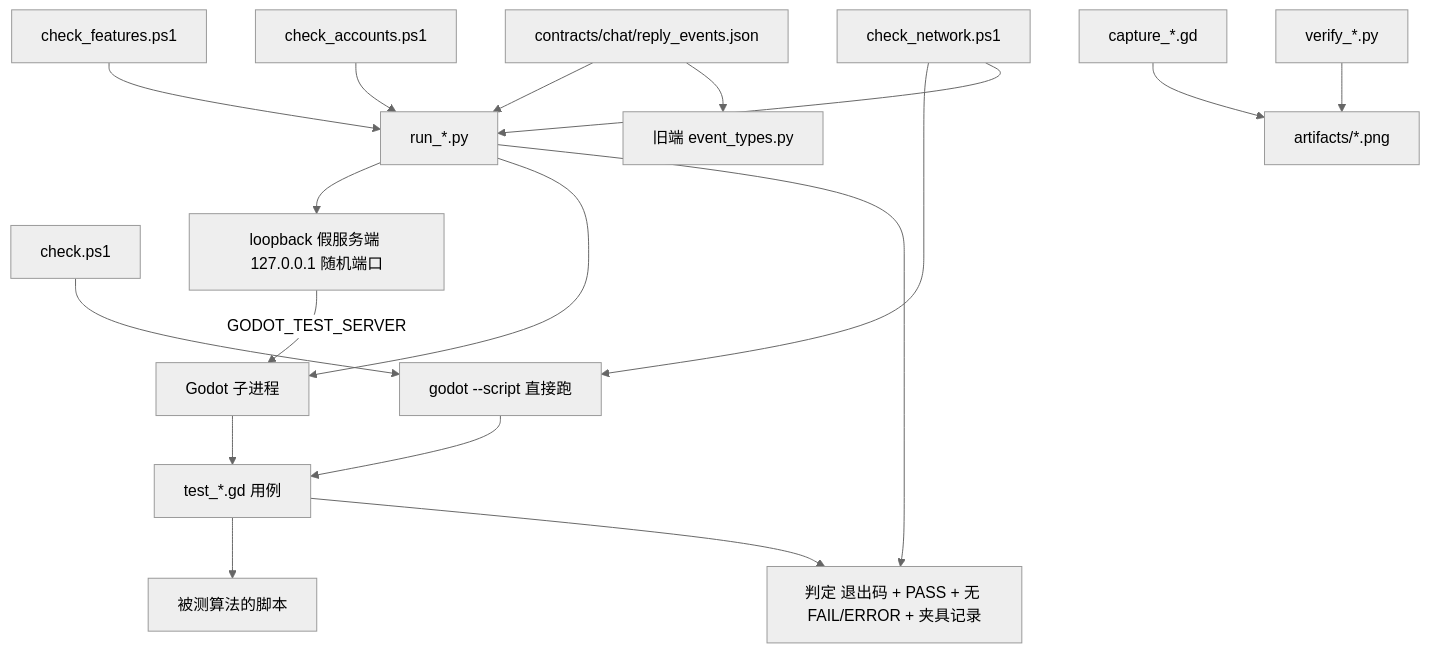
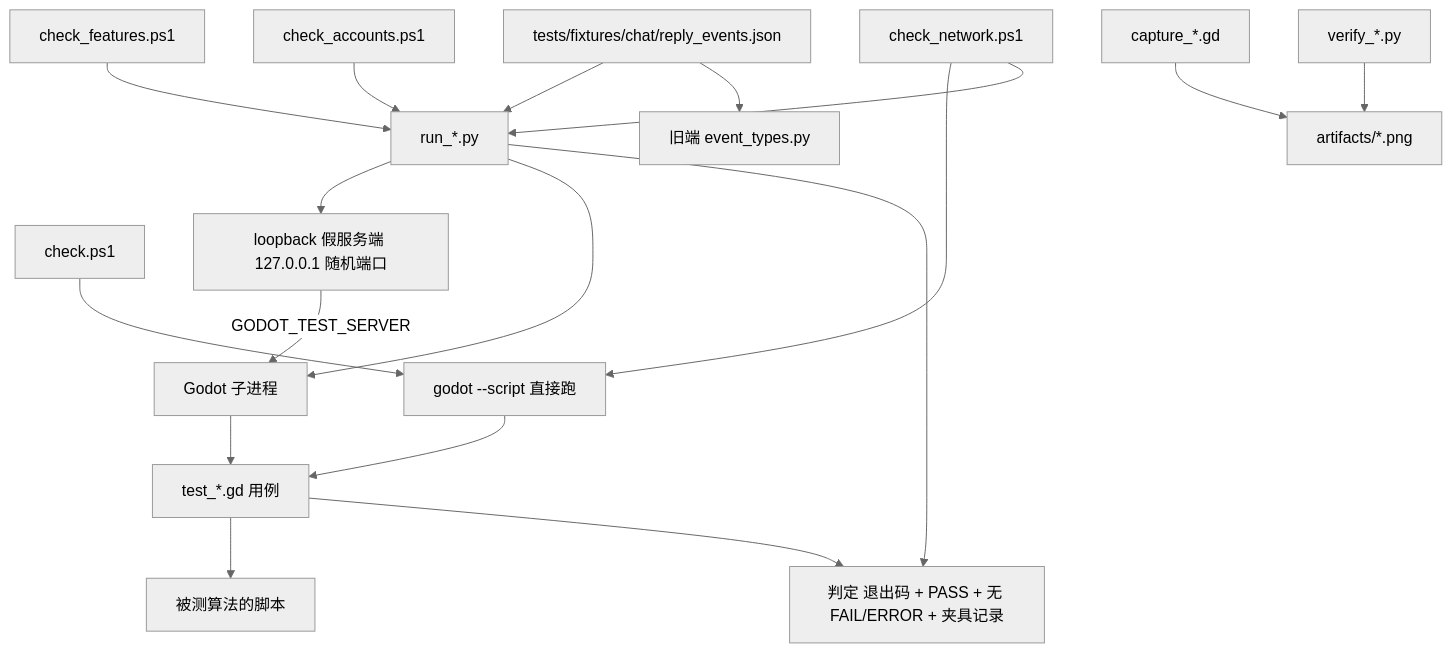
One commit to Hun1Bk/Agent-LuoTianyi changed the first of 2 diagrams in client-godot/architecture/10-testing.md. Above: the diagram before and after it, drawn with Mermaid (neutral theme). The commit also changed other lines of this file and 42 other files, not shown here.

````diff
--- a/client-godot/architecture/10-testing.md
+++ b/client-godot/architecture/10-testing.md
@@ -97,20 +97,20 @@
 ```mermaid
 flowchart TD
   CheckPs["check.ps1"] --> Direct["godot --script 直接跑"]
   CheckFeat["check_features.ps1"] --> Runners["run_*.py"]
   CheckNet["check_network.ps1"] --> Direct
   CheckNet --> Runners
   CheckAcc["check_accounts.ps1"] --> Runners
   Runners --> Loop["loopback 假服务端 127.0.0.1 随机端口"]
   Runners --> GodotProc["Godot 子进程"]
   Loop -->|GODOT_TEST_SERVER| GodotProc
   GodotProc --> Cases["test_*.gd 用例"]
   Direct --> Cases
   Cases --> Worker["被测算法的脚本"]
   Runners --> Judge["判定 退出码 + PASS + 无 FAIL/ERROR + 夹具记录"]
   Cases --> Judge
-  Contracts["contracts/chat/reply_events.json"] --> Runners
+  Contracts["tests/fixtures/chat/reply_events.json"] --> Runners
   Contracts --> PythonParser["旧端 event_types.py"]
   Captures["capture_*.gd"] --> Artifacts["artifacts/*.png"]
   Verifiers["verify_*.py"] --> Artifacts
 ```
````
